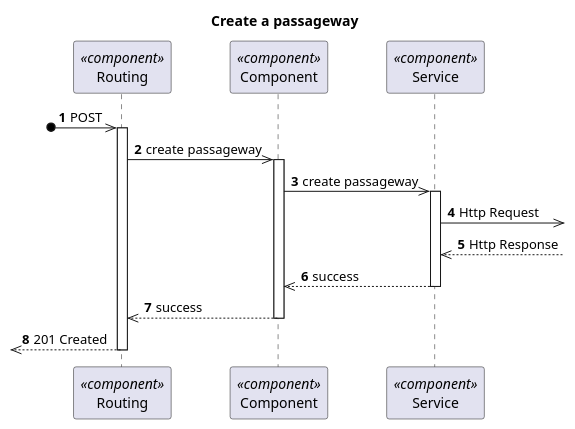
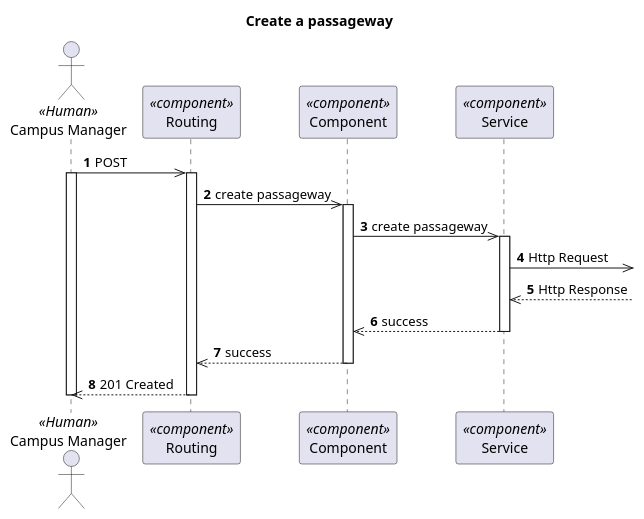
The diagram in docs/VistaProcesso/US240(1170)/Visualization/ProcessView_Level3_US1170.puml (1210910/lapr5), drawn with PlantUML before and after one commit. The commit also changed 14 other files, not shown here.

Commit message:
Fixed diagrams (actor)

```diff
--- a/docs/VistaProcesso/US240(1170)/Visualization/ProcessView_Level3_US1170.puml
+++ b/docs/VistaProcesso/US240(1170)/Visualization/ProcessView_Level3_US1170.puml
@@ -1,32 +1,35 @@
 @startuml Process View - Level 3 - Create a passageway
 
 autonumber
 skinparam packageStyle rect
 
 title Create a passageway
 
+actor "Campus Manager" as CM <<Human>>
 participant "Routing" as routing <<component>>
 participant "Component" as comp <<component>>
 participant "Service" as service <<component>>
 
-?o->> routing : POST
+CM->> routing : POST
+activate CM
 activate routing
 routing ->> comp : create passageway
 
 activate comp
 comp ->> service : create passageway
 
 activate service
 service ->> : Http Request
 service <<-- : Http Response
 
 service -->> comp : success
 deactivate service
 
 comp -->> routing : success
 deactivate comp
 
-?o<<-- routing : 201 Created
+CM<<-- routing : 201 Created
 deactivate routing
+deactivate CM
 
 @enduml
```
